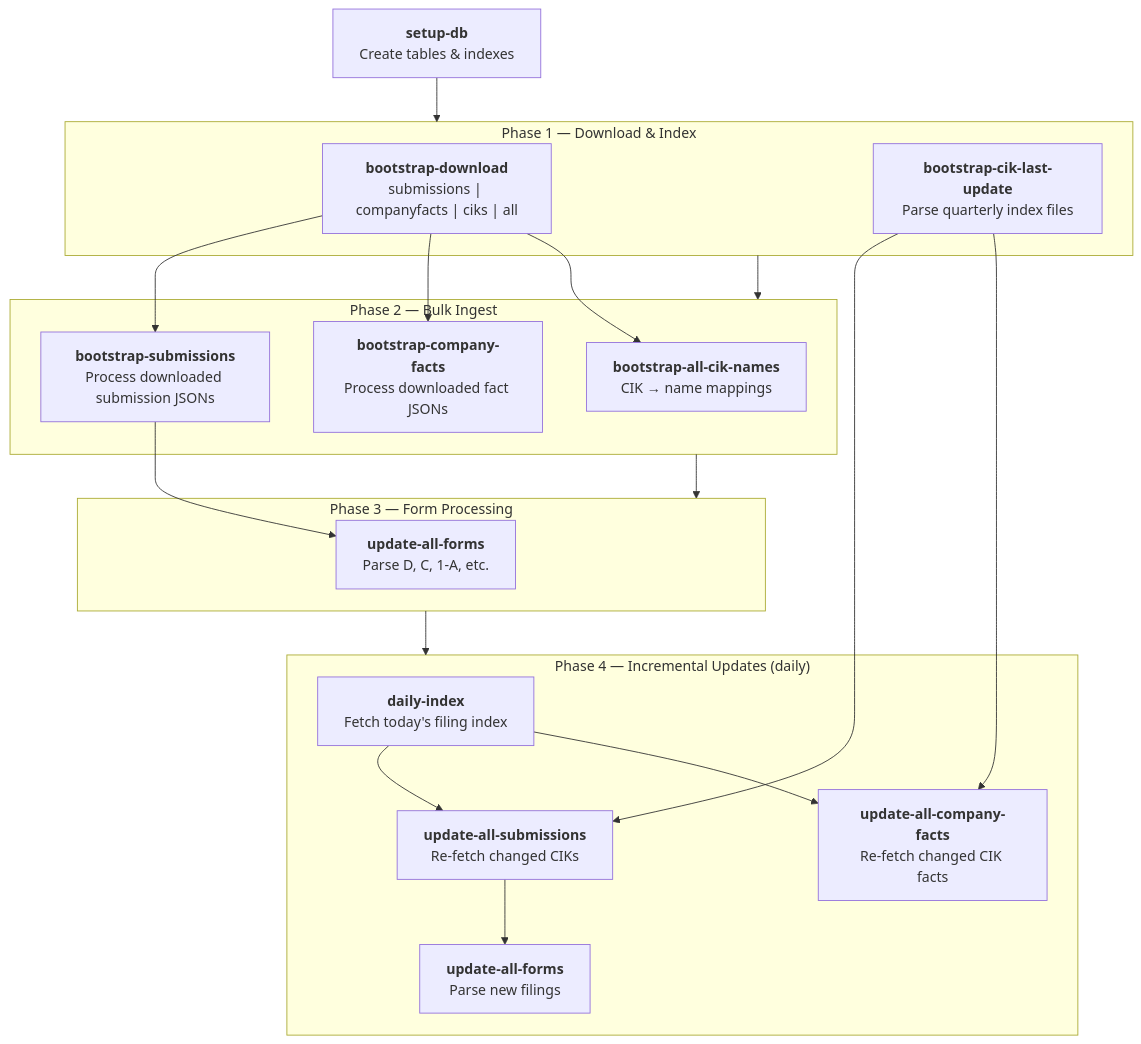
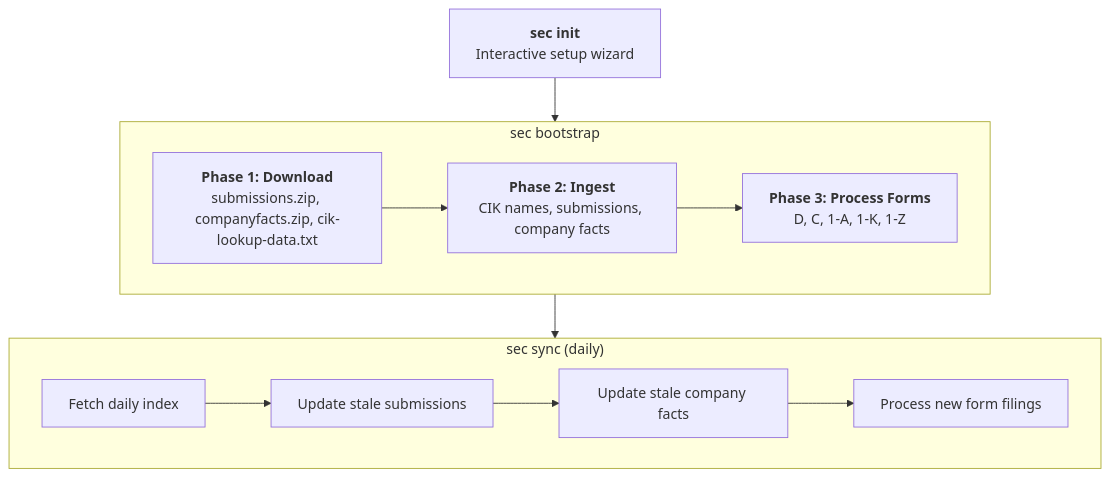
The first of 2 diagrams in SPEC.md (PodleyAI/sec), drawn with Mermaid before and after one commit. The commit also changed other lines of this file, not shown here.

````diff
--- a/SPEC.md
+++ b/SPEC.md
@@ -15,36 +15,22 @@
 ```mermaid
 flowchart TD
-    SETUP["<b>setup-db</b><br>Create tables & indexes"]
+    INIT["<b>sec init</b><br>Interactive setup wizard"]
 
-    subgraph phase1["Phase 1 — Download & Index"]
-        BD["<b>bootstrap-download</b><br>submissions | companyfacts | ciks | all"]
-        BCL["<b>bootstrap-cik-last-update</b><br>Parse quarterly index files"]
+    subgraph bootstrap["sec bootstrap"]
+        BD["<b>Phase 1: Download</b><br>submissions.zip, companyfacts.zip, cik-lookup-data.txt"]
+        BI["<b>Phase 2: Ingest</b><br>CIK names, submissions, company facts"]
+        BF["<b>Phase 3: Process Forms</b><br>D, C, 1-A, 1-K, 1-Z"]
     end
 
-    subgraph phase2["Phase 2 — Bulk Ingest"]
-        BN["<b>bootstrap-all-cik-names</b><br>CIK → name mappings"]
-        BS["<b>bootstrap-submissions</b><br>Process downloaded submission JSONs"]
-        BCF["<b>bootstrap-company-facts</b><br>Process downloaded fact JSONs"]
+    subgraph sync["sec sync (daily)"]
+        DI["Fetch daily index"]
+        US["Update stale submissions"]
+        UF["Update stale company facts"]
+        PF["Process new form filings"]
     end
 
-    subgraph phase3["Phase 3 — Form Processing"]
-        UAF["<b>update-all-forms</b><br>Parse D, C, 1-A, etc."]
-    end
-
-    subgraph phase4["Phase 4 — Incremental Updates (daily)"]
-        DI["<b>daily-index</b><br>Fetch today's filing index"]
-        UAS["<b>update-all-submissions</b><br>Re-fetch changed CIKs"]
-        UACF["<b>update-all-company-facts</b><br>Re-fetch changed CIK facts"]
-        UAF2["<b>update-all-forms</b><br>Parse new filings"]
-    end
-
-    SETUP --> phase1
-    BD --> BS & BCF & BN
-    BCL --> UAS & UACF
-    phase1 --> phase2
-    BS --> UAF
-    phase2 --> phase3
-    phase3 --> phase4
-    DI --> UAS & UACF
-    UAS --> UAF2
+    INIT --> bootstrap
+    BD --> BI --> BF
+    bootstrap --> sync
+    DI --> US --> UF --> PF
 ```
````
